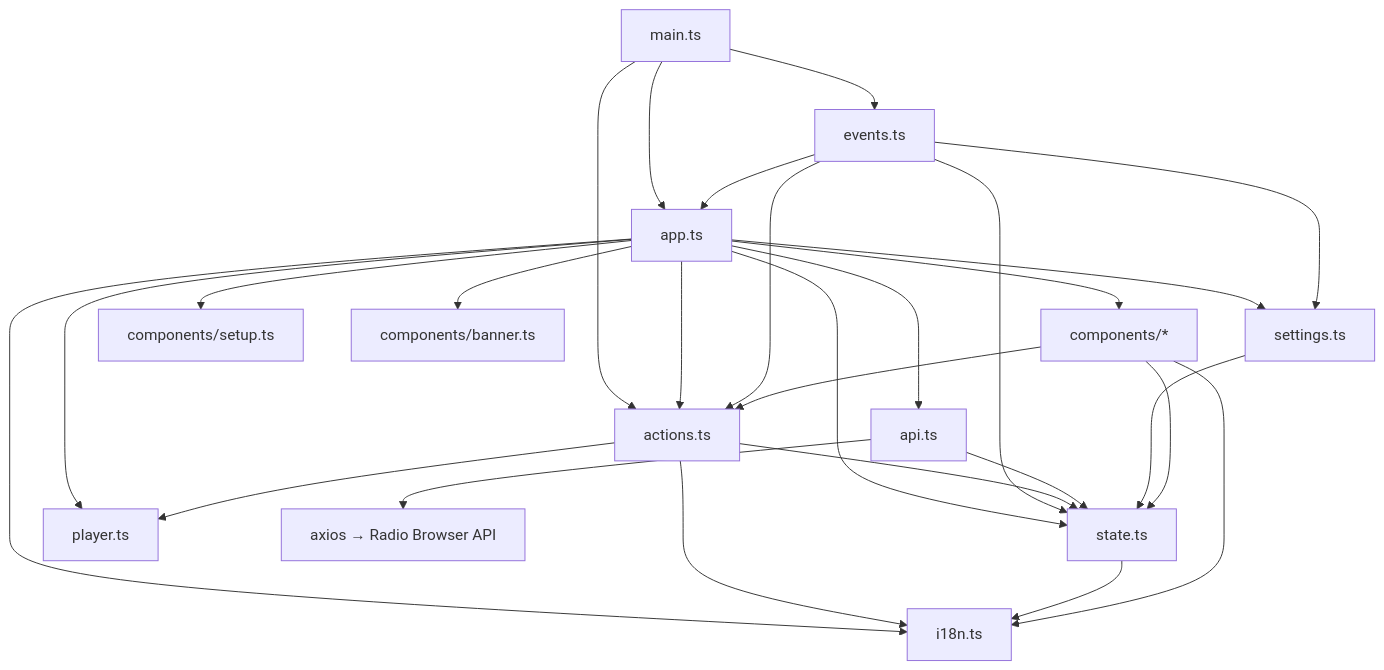
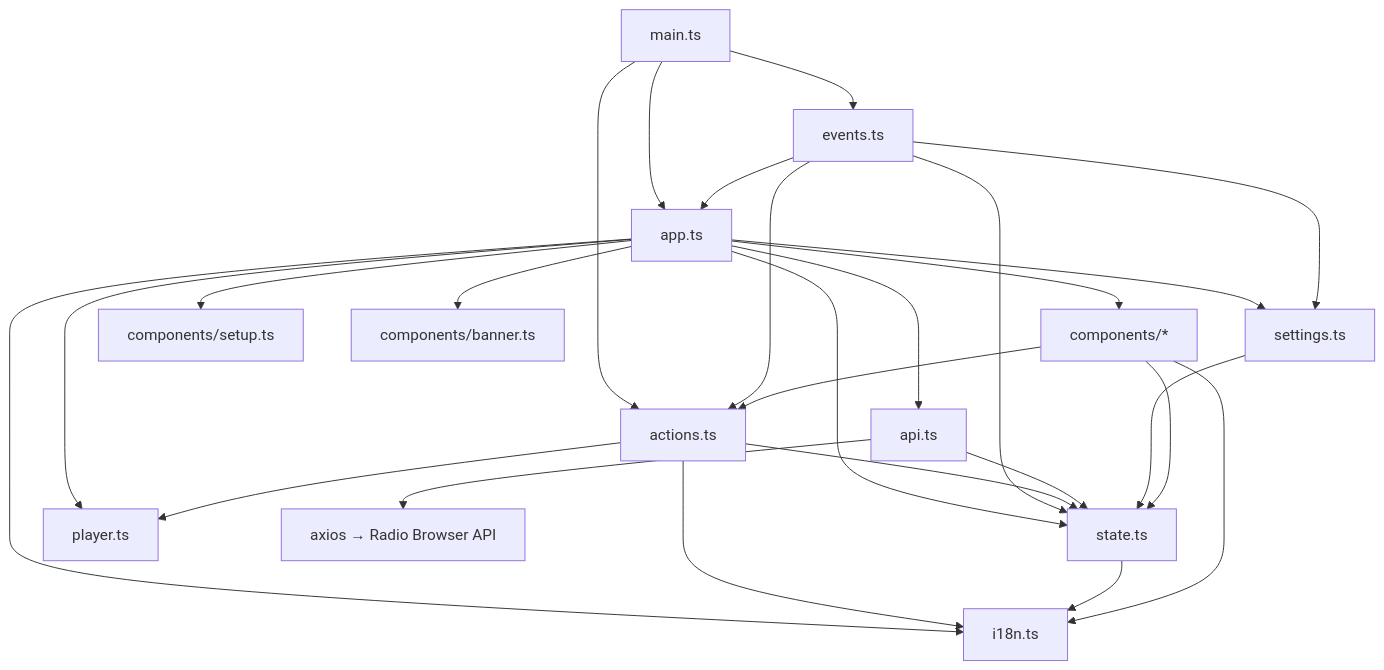
Before and after one commit to Makatumba/after-touch-radio-browser: the diagram in ARCHITECTURE.md, drawn with Mermaid. The commit also changed 3 other files, not shown here.

````diff
--- a/ARCHITECTURE.md
+++ b/ARCHITECTURE.md
@@ -66,29 +66,28 @@
 ```mermaid
 graph TD
     MAIN[main.ts] --> APP[app.ts]
     MAIN --> EVT[events.ts]
     MAIN --> ACT[actions.ts]
     APP --> I18N[i18n.ts]
     APP --> ST[state.ts]
     APP --> PL[player.ts]
     APP --> API[api.ts]
-    APP --> ACT[actions.ts]
     APP --> SET[settings.ts]
     APP --> COMP[components/*]
     APP --> SETUP[components/setup.ts]
     APP --> BANNER[components/banner.ts]
     EVT --> APP
     EVT --> ACT
     EVT --> SET
     EVT --> ST
     ACT --> ST
     ACT --> I18N
     ACT --> PL
     API --> ST
     API --> AXIOS[axios → Radio Browser API]
     SET --> ST
     ST --> I18N
     COMP --> ST
     COMP --> I18N
     COMP --> ACT
 ```
````
